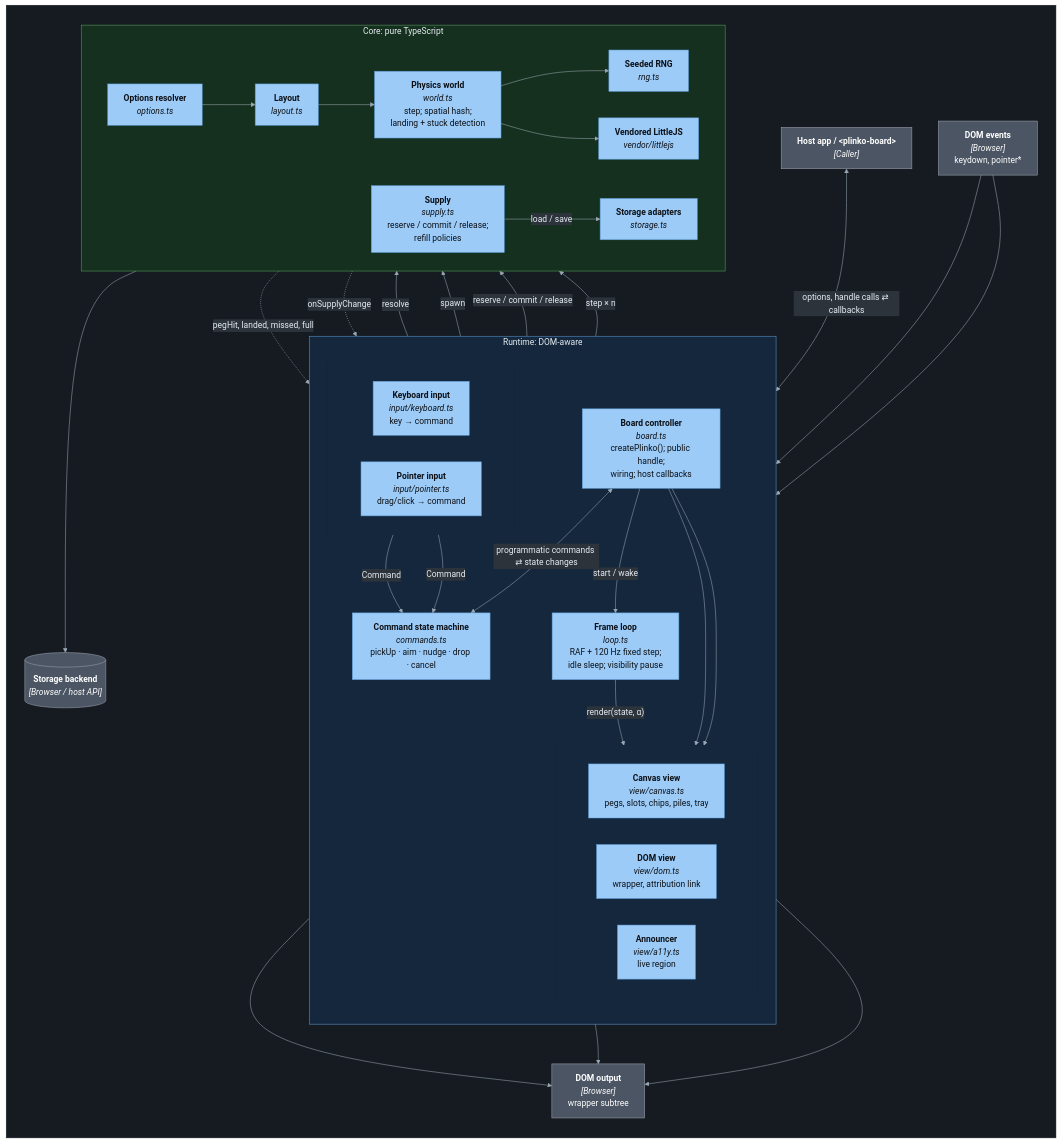
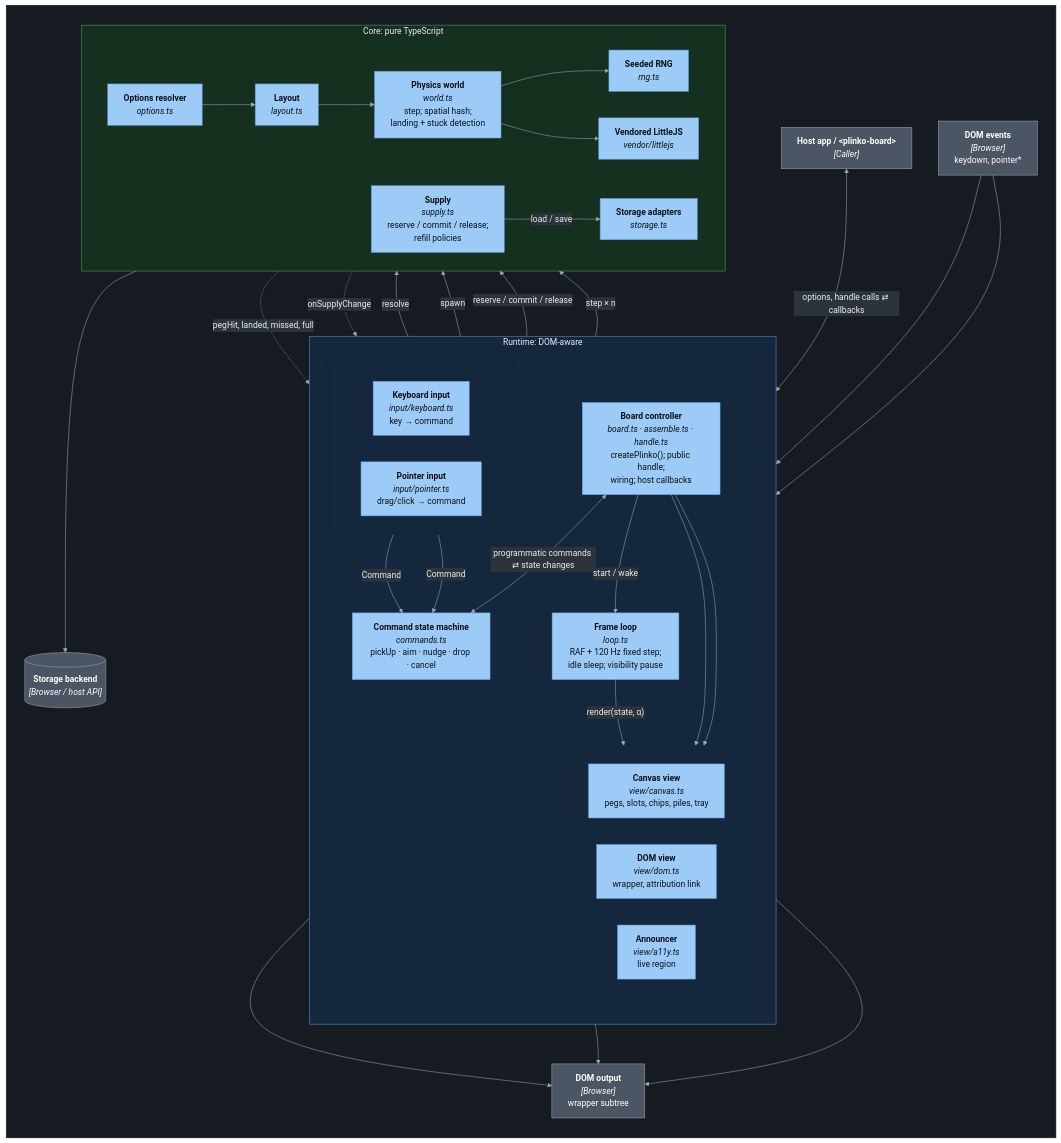
Before and after one commit to alanbickel/plinko-config: the third of 10 diagrams in docs/ARCHITECTURE.md, drawn with Mermaid. The commit also changed other lines of this file and 33 other files, not shown here.

````diff
--- a/docs/ARCHITECTURE.md
+++ b/docs/ARCHITECTURE.md
@@ -123,77 +123,77 @@
 ```mermaid
 %%{init: {"theme":"base","themeVariables":{"lineColor":"#9aa7b4","textColor":"#e6edf3","primaryTextColor":"#e6edf3","edgeLabelBackground":"#2d333b","clusterBkg":"#161b22","clusterBorder":"#30363d","titleColor":"#e6edf3"}}}%%
 flowchart TB
     subgraph canvas[" "]
         direction TB
 
 
         hostApp["<b>Host app / &lt;plinko-board&gt;</b><br/><i>[Caller]</i>"]:::external
         domIn["<b>DOM events</b><br/><i>[Browser]</i><br/>keydown, pointer*"]:::external
 
         subgraph runtime["Runtime: DOM-aware"]
             direction TB
             subgraph inputs[" "]
                 direction LR
                 kb["<b>Keyboard input</b><br/><i>input/keyboard.ts</i><br/>key → command"]:::comp
                 ptr["<b>Pointer input</b><br/><i>input/pointer.ts</i><br/>drag/click → command"]:::comp
             end
             cmds["<b>Command state machine</b><br/><i>commands.ts</i><br/>pickUp · aim · nudge · drop · cancel"]:::comp
-            board["<b>Board controller</b><br/><i>board.ts</i><br/>createPlinko(); public handle;<br/>wiring; host callbacks"]:::comp
+            board["<b>Board controller</b><br/><i>board.ts · assemble.ts · handle.ts</i><br/>createPlinko(); public handle;<br/>wiring; host callbacks"]:::comp
             loop["<b>Frame loop</b><br/><i>loop.ts</i><br/>RAF + 120 Hz fixed step;<br/>idle sleep; visibility pause"]:::comp
             subgraph views[" "]
                 direction LR
                 canvasView["<b>Canvas view</b><br/><i>view/canvas.ts</i><br/>pegs, slots, chips, piles, tray"]:::comp
                 domView["<b>DOM view</b><br/><i>view/dom.ts</i><br/>wrapper, attribution link"]:::comp
                 a11y["<b>Announcer</b><br/><i>view/a11y.ts</i><br/>live region"]:::comp
             end
         end
 
         domOut["<b>DOM output</b><br/><i>[Browser]</i><br/>wrapper subtree"]:::external
 
         subgraph core["Core: pure TypeScript"]
             direction LR
             opts["<b>Options resolver</b><br/><i>options.ts</i>"]:::comp
             layout["<b>Layout</b><br/><i>layout.ts</i>"]:::comp
             world["<b>Physics world</b><br/><i>world.ts</i><br/>step; spatial hash;<br/>landing + stuck detection"]:::comp
             rng["<b>Seeded RNG</b><br/><i>rng.ts</i>"]:::comp
             vendor["<b>Vendored LittleJS</b><br/><i>vendor/littlejs</i>"]:::comp
             supply["<b>Supply</b><br/><i>supply.ts</i><br/>reserve / commit / release;<br/>refill policies"]:::comp
             storage["<b>Storage adapters</b><br/><i>storage.ts</i>"]:::comp
         end
 
         storeExt[("<b>Storage backend</b><br/><i>[Browser / host API]</i>")]:::external
 
         hostApp <-- "options, handle calls ⇄ callbacks" --> board
         domIn --> kb
         domIn --> ptr
         kb -- "Command" --> cmds
         ptr -- "Command" --> cmds
         board <-- "programmatic commands ⇄ state changes" --> cmds
         board -- "start / wake" --> loop
         board --> domView
         board --> a11y
         loop -- "render(state, α)" --> canvasView
         canvasView --> domOut
         domView --> domOut
         a11y --> domOut
 
         board -- "resolve" --> opts
         opts --> layout --> world
         cmds -- "spawn" --> world
         cmds -- "reserve / commit / release" --> supply
         loop -- "step × n" --> world
         world -. "pegHit, landed, missed, full" .-> board
         supply -. "onSupplyChange" .-> board
         world --> rng
         world --> vendor
         supply -- "load / save" --> storage --> storeExt
     end
 
     classDef comp fill:#9ccbf7,stroke:#5b9bd5,color:#0d1117
     classDef external fill:#4b5563,stroke:#9ca3af,color:#ffffff
     style canvas fill:#161b22,stroke:#161b22
     style runtime fill:#14273d,stroke:#5b9bd5,color:#e6edf3
     style core fill:#16301f,stroke:#56a35a,color:#e6edf3
     style inputs fill:#14273d,stroke:#14273d
     style views fill:#14273d,stroke:#14273d
 ```
````
